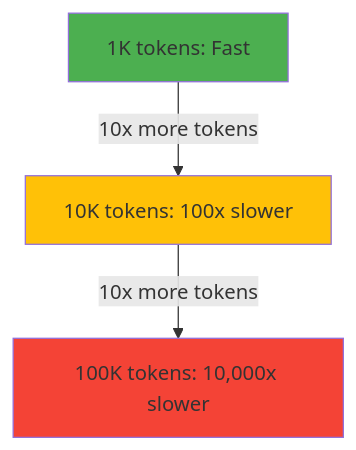
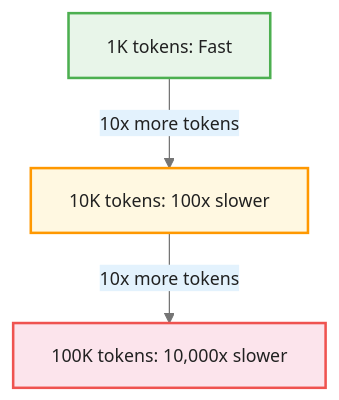
The fifth of 8 diagrams in courses/agentic-ai-llms/modules/module_00_foundations/guides/01_transformer_architecture_slides.md (m-deane/course-creator), drawn with Mermaid before and after one commit. The commit also changed other lines of this file and 115 other files, not shown here.

````diff
--- a/courses/agentic-ai-llms/modules/module_00_foundations/guides/01_transformer_architecture_slides.md
+++ b/courses/agentic-ai-llms/modules/module_00_foundations/guides/01_transformer_architecture_slides.md
@@ -307,8 +339,9 @@
 ```mermaid
+%%{init: {"theme": "base", "themeVariables": {"primaryColor": "#e8f5e9", "primaryBorderColor": "#4caf50", "primaryTextColor": "#212121", "secondaryColor": "#e3f2fd", "tertiaryColor": "#fff8e1", "lineColor": "#757575", "fontFamily": "Inter, sans-serif", "fontSize": "14px"}}}%%
 graph TD
     A["1K tokens: Fast"] -->|10x more tokens| B["10K tokens: 100x slower"]
     B -->|10x more tokens| C["100K tokens: 10,000x slower"]
-    style A fill:#4CAF50
-    style B fill:#FFC107
-    style C fill:#F44336
+    style A fill:#e8f5e9,stroke:#4caf50,stroke-width:2px
+    style B fill:#fff8e1,stroke:#ff9800,stroke-width:2px
+    style C fill:#fce4ec,stroke:#ef5350,stroke-width:2px
 ```
````
